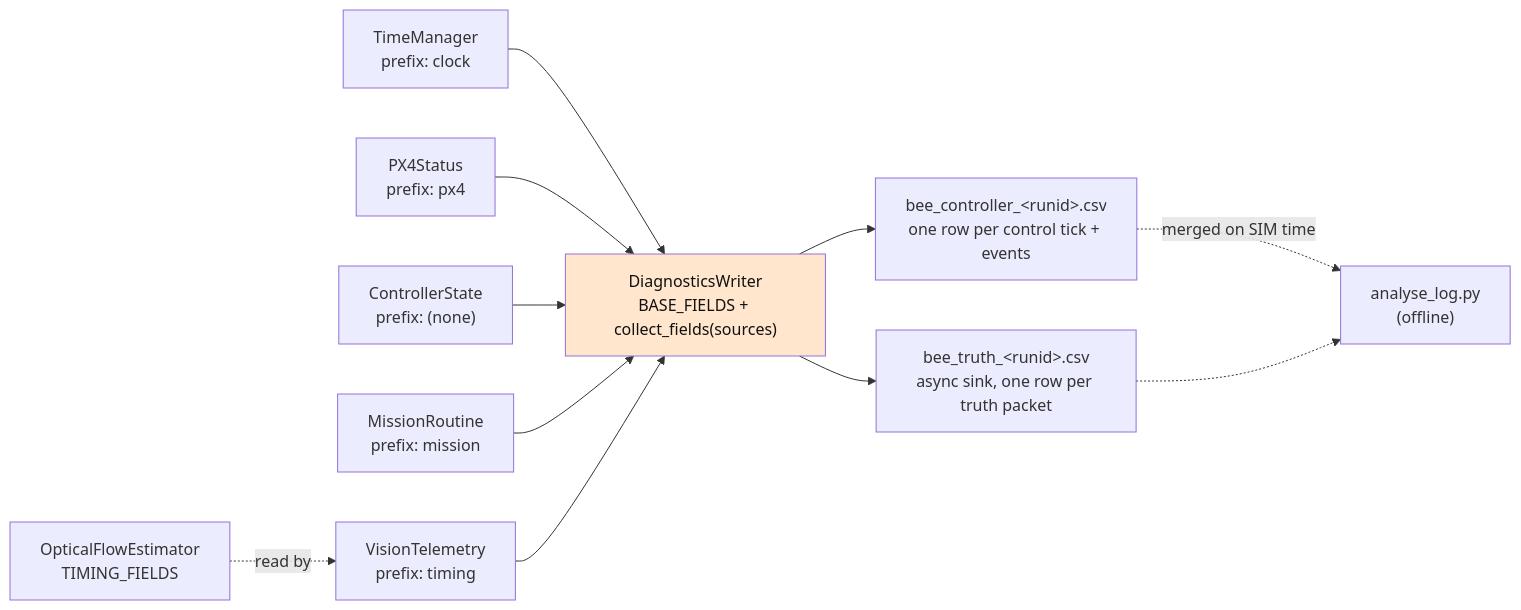
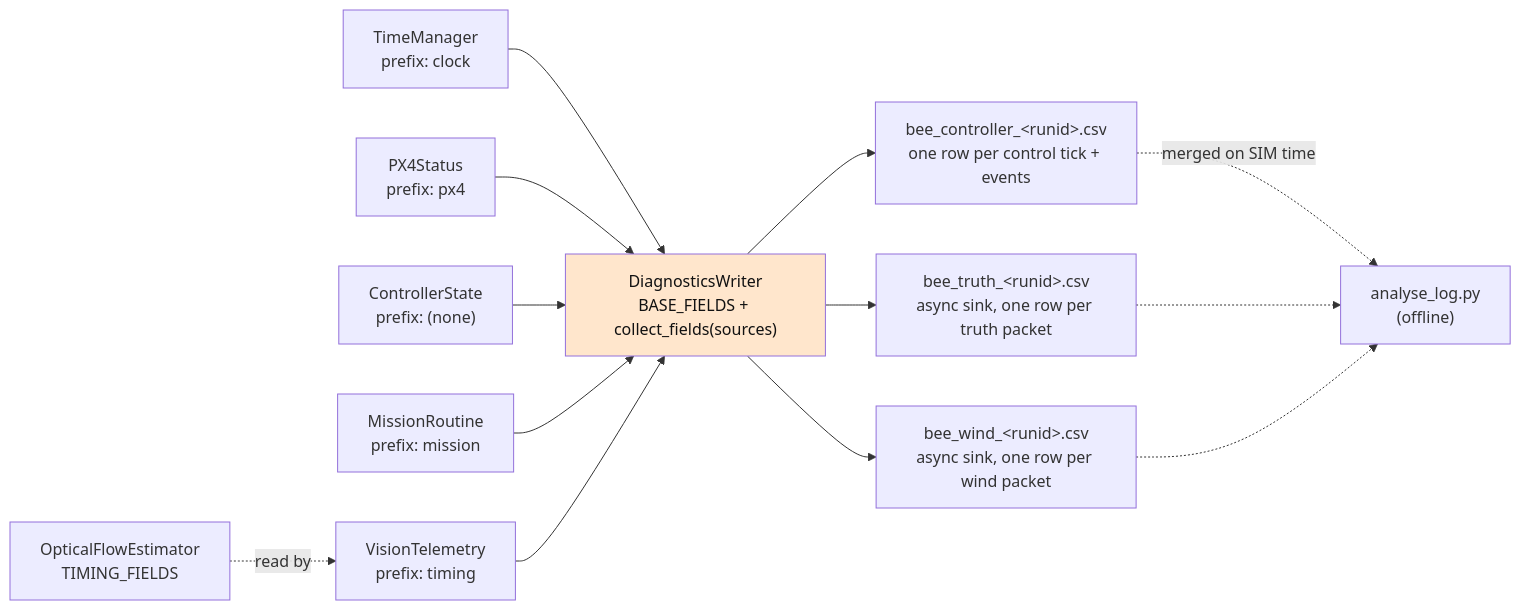
One commit to Berffe/OdometryMaxxing changed the fourth of 7 diagrams in Controller_logic/README_controller_logic.md. Above: the diagram before and after it, drawn with Mermaid. The commit also changed other lines of this file and 8 other files, not shown here.

````diff
--- a/Controller_logic/README_controller_logic.md
+++ b/Controller_logic/README_controller_logic.md
@@ -552,17 +636,19 @@
 ```mermaid
 graph LR
     TM["TimeManager<br/>prefix: clock"] --> DW
     PS["PX4Status<br/>prefix: px4"] --> DW
     CS["ControllerState<br/>prefix: (none)"] --> DW
     MR["MissionRoutine<br/>prefix: mission"] --> DW
     VT["VisionTelemetry<br/>prefix: timing"] --> DW
     OF["OpticalFlowEstimator<br/>TIMING_FIELDS"] -.->|"read by"| VT
 
     DW["DiagnosticsWriter<br/>BASE_FIELDS + collect_fields(sources)"]
     DW --> C1["bee_controller_&lt;runid&gt;.csv<br/>one row per control tick + events"]
     DW --> C2["bee_truth_&lt;runid&gt;.csv<br/>async sink, one row per truth packet"]
+    DW --> C3["bee_wind_&lt;runid&gt;.csv<br/>async sink, one row per wind packet"]
     C1 -.->|"merged on SIM time"| AN["analyse_log.py<br/>(offline)"]
     C2 -.-> AN
+    C3 -.-> AN
 
     style DW fill:#ffe6cc,color:#111
 ```
````
